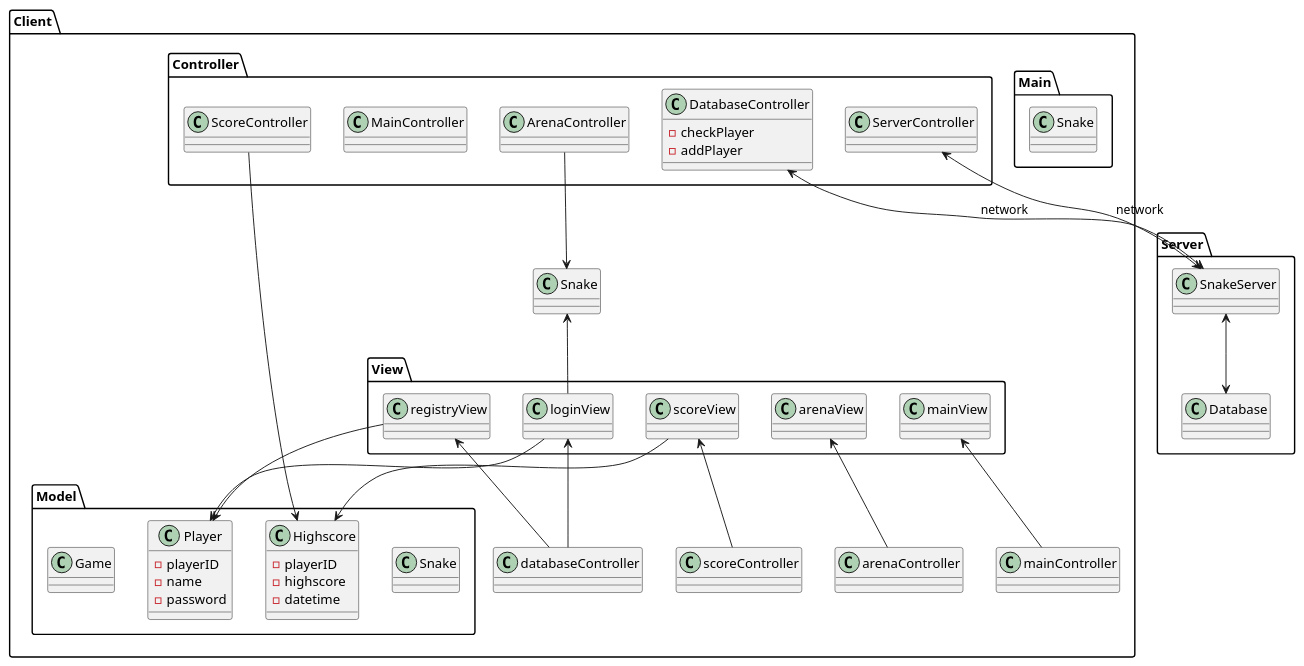
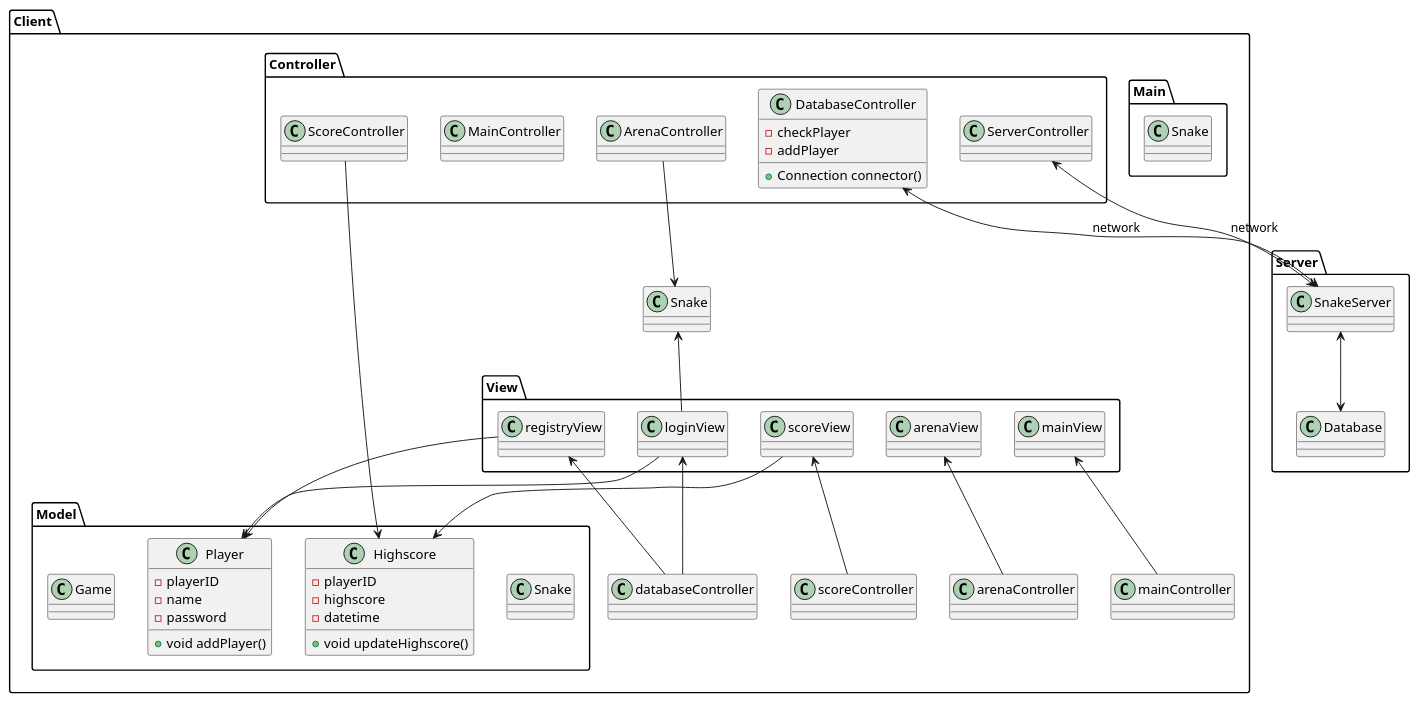
Before and after one commit to s74594/Multiplayer_Snake: the diagram in PlantUML/MultiplayerSnake.puml, drawn with PlantUML. The commit also changed 4 other files, not shown here.

Commit message:
UML diagram updated

```diff
--- a/PlantUML/MultiplayerSnake.puml
+++ b/PlantUML/MultiplayerSnake.puml
@@ -1,65 +1,68 @@
 @startuml
 'https://plantuml.com/class-diagram
 
 package Client {
     package Main {
         class Snake {}
     }
     package Model {
         class Snake {}
         class Player{
         -playerID
         -name
         -password
+        +void addPlayer()
         }
         class Highscore{
         -playerID
         -highscore
         -datetime
+        +void updateHighscore()
         }
         class Game{}
     }
 
     package View {
         class scoreView{}
         class registryView{}
         class loginView{}
         class arenaView{}
         class mainView{}
     }
 
     package Controller {
         class ScoreController {}
         class DatabaseController {
         -checkPlayer
         -addPlayer
+        +Connection connector()
         }
         class ArenaController {}
         class MainController {}
         class ServerController{}
     }
     'connections
     registryView --> Player
     loginView --> Player
     Highscore <-- scoreView
     Snake <-- loginView
     scoreView <-- scoreController
     registryView <-- databaseController
     loginView <-- databaseController
     arenaView <-- arenaController
     mainView <-- mainController
     ArenaController --> Snake
     ScoreController --> Highscore
     }
 
 package Server {
     class SnakeServer
     class Database {}
     'connections
     SnakeServer <--> Database
 }
 
 'connections
 ServerController <--> SnakeServer :network
 DatabaseController <--> SnakeServer :network
 @enduml
```
